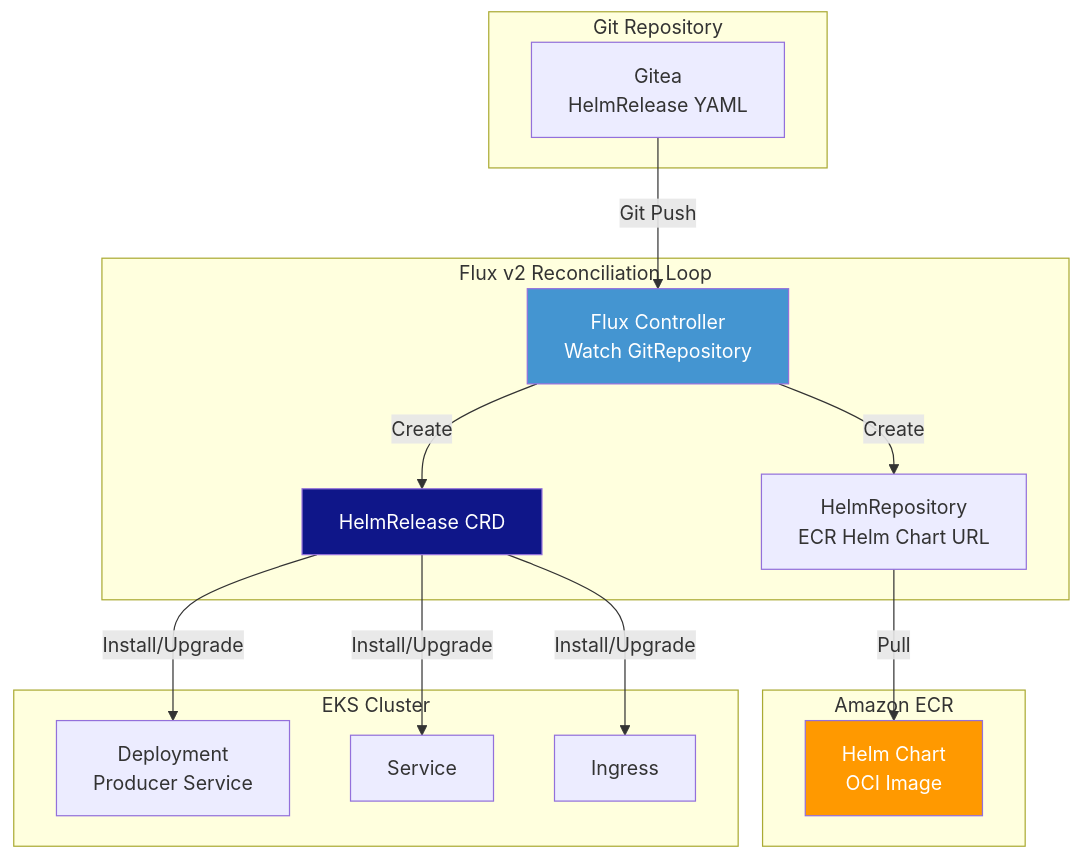
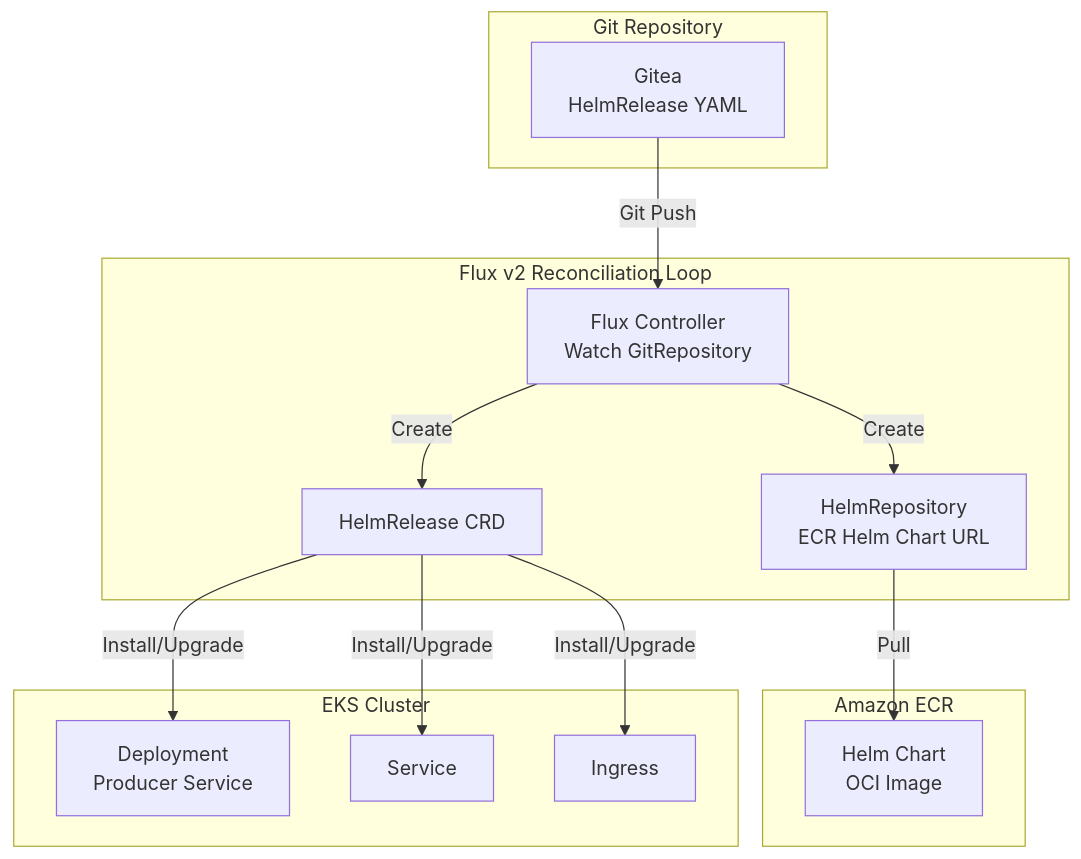
One commit to juwon8891/juwon8891.github.io changed the fifth of 7 diagrams in docs/eks/week6-cicd.md. Above: the diagram before and after it, drawn with Mermaid. The commit also changed other lines of this file and 18 other files, not shown here.

Commit message:
Remove bright colors from Mermaid diagrams for dark mode compatibility

````diff
--- a/docs/eks/week6-cicd.md
+++ b/docs/eks/week6-cicd.md
@@ -717,34 +703,31 @@
 ```mermaid
 graph TB
     subgraph "Flux v2 Reconciliation Loop"
         FC[Flux Controller<br/>Watch GitRepository]
         HR[HelmRepository<br/>ECR Helm Chart URL]
         HC[HelmRelease CRD]
     end
 
     subgraph "Git Repository"
         GR[Gitea<br/>HelmRelease YAML]
     end
 
     subgraph "Amazon ECR"
         ECR[Helm Chart<br/>OCI Image]
     end
 
     subgraph "EKS Cluster"
         DEPLOY[Deployment<br/>Producer Service]
         SVC[Service]
         ING[Ingress]
     end
 
     GR -->|Git Push| FC
     FC -->|Create| HR
     HR -->|Pull| ECR
     FC -->|Create| HC
     HC -->|Install/Upgrade| DEPLOY
     HC -->|Install/Upgrade| SVC
     HC -->|Install/Upgrade| ING
 
-    style FC fill:#4495d1,color:#fff
-    style HC fill:#0f1689,color:#fff
-    style ECR fill:#FF9900,color:#fff
 ```
````
